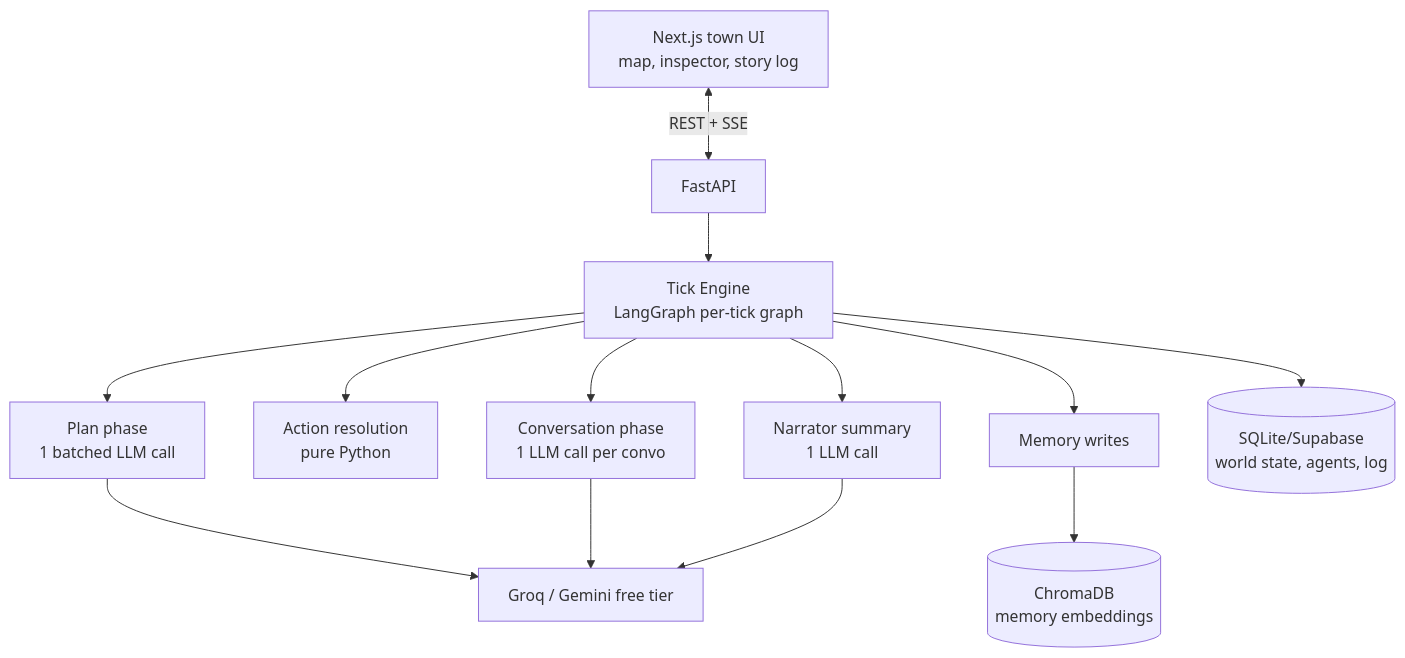
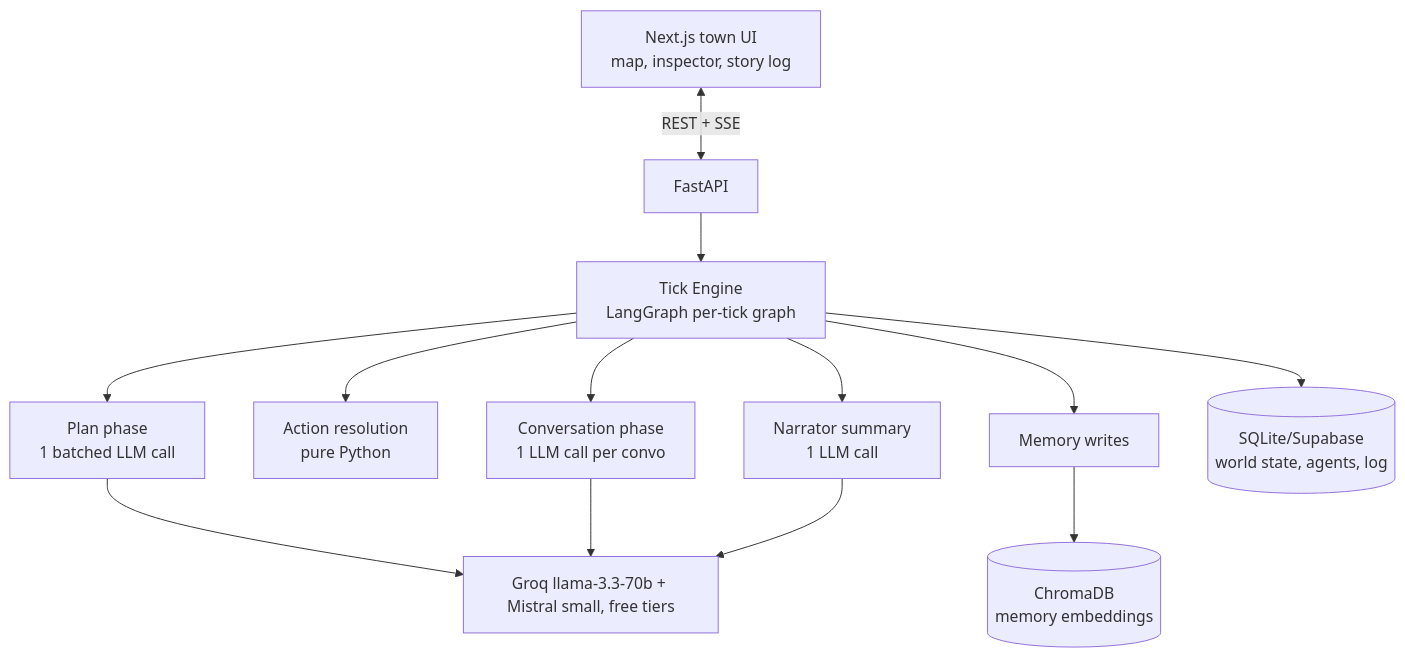
One commit to why-aditi/ghost-town changed the diagram in docs/prd.md. Above: the diagram before and after it, drawn with Mermaid. The commit also changed other lines of this file and 9 other files, not shown here.

````diff
--- a/docs/prd.md
+++ b/docs/prd.md
@@ -69,13 +69,13 @@
 ```mermaid
 flowchart TB
     UI[Next.js town UI<br/>map, inspector, story log] <-->|REST + SSE| API[FastAPI]
     API --> TICK[Tick Engine<br/>LangGraph per-tick graph]
     TICK --> PLAN[Plan phase<br/>1 batched LLM call]
     TICK --> ACT[Action resolution<br/>pure Python]
     TICK --> CONV[Conversation phase<br/>1 LLM call per convo]
     TICK --> MEM[Memory writes]
     TICK --> NARR[Narrator summary<br/>1 LLM call]
     MEM --> VDB[(ChromaDB<br/>memory embeddings)]
     TICK --> STATE[(SQLite/Supabase<br/>world state, agents, log)]
-    PLAN & CONV & NARR --> LLM[Groq / Gemini free tier]
+    PLAN & CONV & NARR --> LLM[Groq llama-3.3-70b + Mistral small, free tiers]
 ```
````
